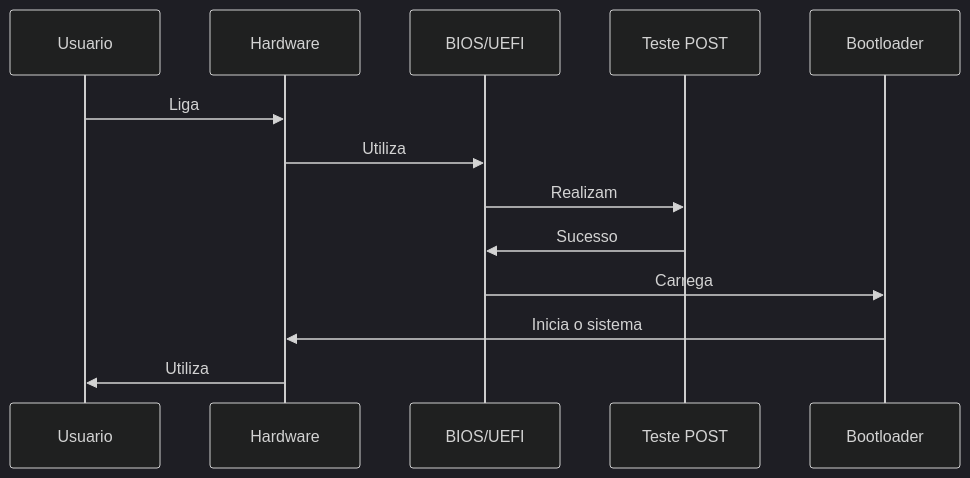
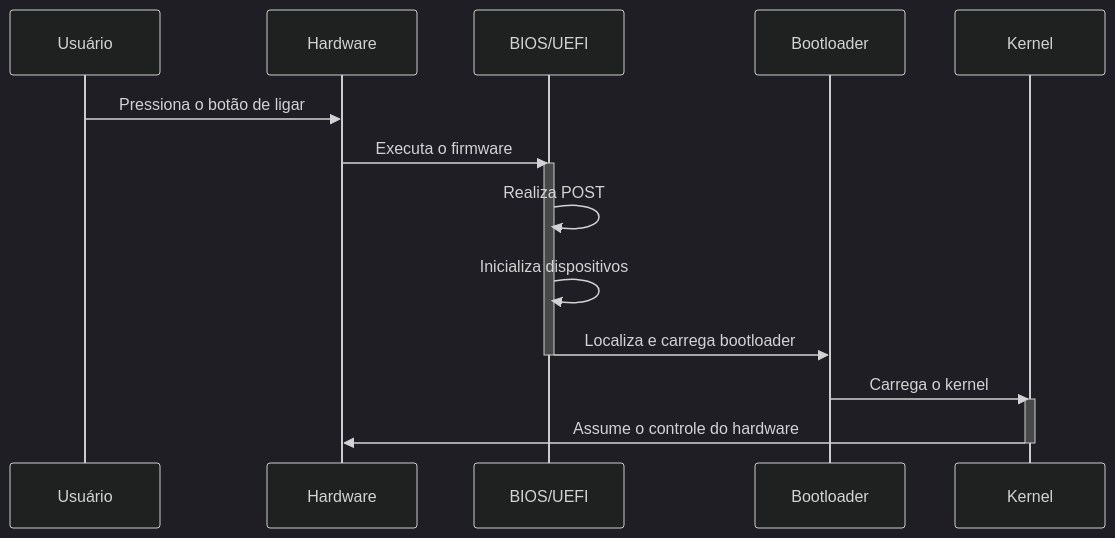
Before and after one commit to FelpzzzEX/LecOS: the first of 2 diagrams in Sistema_Principal/Modulo 1 - Inicio/1-Inicio.md, drawn with Mermaid (dark theme). The commit also changed other lines of this file and 1 other file, not shown here.

Commit message:
docs: Inserindo imagens ao tutorial

````diff
--- a/Sistema_Principal/Modulo 1 - Inicio/1-Inicio.md
+++ b/Sistema_Principal/Modulo 1 - Inicio/1-Inicio.md
@@ -9,16 +9,24 @@
 ```mermaid
 sequenceDiagram
-    participant U as Usuario
+    participant U as Usuário
     participant H as Hardware
-    participant B as BIOS/UEFI
-    participant P as Teste POST
+    participant F as BIOS/UEFI
     participant BL as Bootloader
+    participant K as Kernel
 
-    U->>H: Liga
-    H->>B: Utiliza
-    B->>P: Realizam
-    P->>B: Sucesso
-    B->>BL: Carrega
-    BL->>H: Inicia o sistema
-    H->>U: Utiliza
+    U->>H: Pressiona o botão de ligar
+
+    H->>F: Executa o firmware
+    activate F
+
+    F->>F: Realiza POST
+    F->>F: Inicializa dispositivos
+    F->>BL: Localiza e carrega bootloader
+
+    deactivate F
+
+    BL->>K: Carrega o kernel
+    activate K
+    K->>H: Assume o controle do hardware
+    deactivate K
 ```
````
